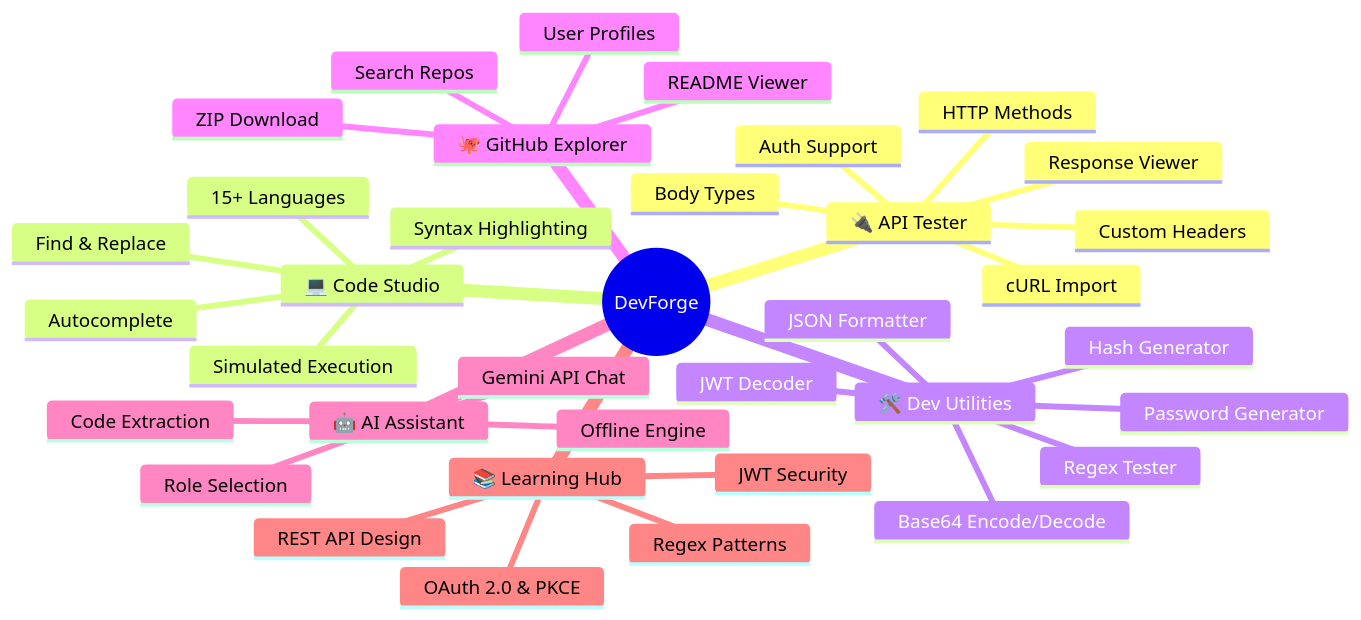
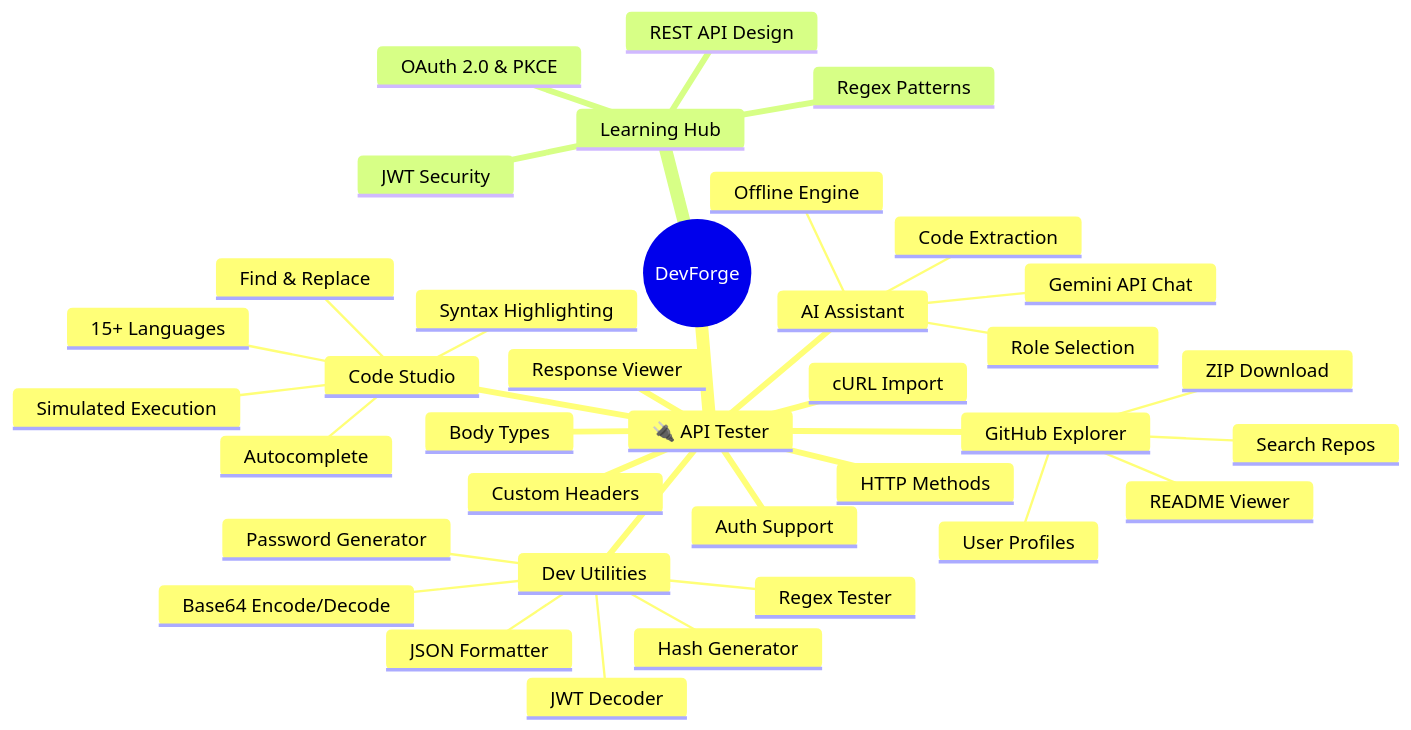
Before and after one commit to ZainulabdeenOfficial/Devforge: the first of 4 diagrams in README.md, drawn with Mermaid. The commit also changed other lines of this file, not shown here.

````diff
--- a/README.md
+++ b/README.md
@@ -29,39 +29,39 @@
 ```mermaid
 mindmap
   root((DevForge))
     🔌 API Tester
       HTTP Methods
       Auth Support
       Custom Headers
       Body Types
       cURL Import
       Response Viewer
-    💻 Code Studio
+     Code Studio
       15+ Languages
       Syntax Highlighting
       Find & Replace
       Autocomplete
       Simulated Execution
-    🛠️ Dev Utilities
+     Dev Utilities
       JSON Formatter
       Regex Tester
       Base64 Encode/Decode
       JWT Decoder
       Hash Generator
       Password Generator
-    🐙 GitHub Explorer
+     GitHub Explorer
       Search Repos
       User Profiles
       README Viewer
       ZIP Download
-    🤖 AI Assistant
+     AI Assistant
       Gemini API Chat
       Role Selection
       Code Extraction
       Offline Engine
-    📚 Learning Hub
+    Learning Hub
       REST API Design
       OAuth 2.0 & PKCE
       JWT Security
       Regex Patterns
 ```
````
